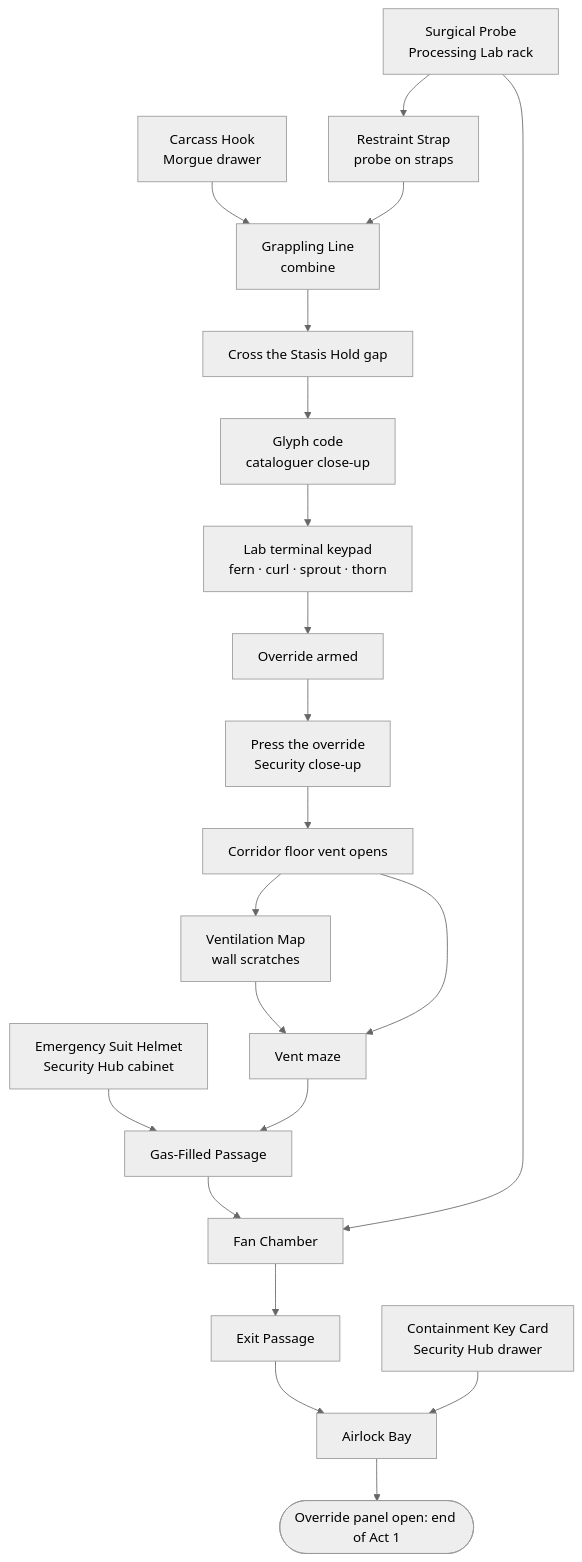
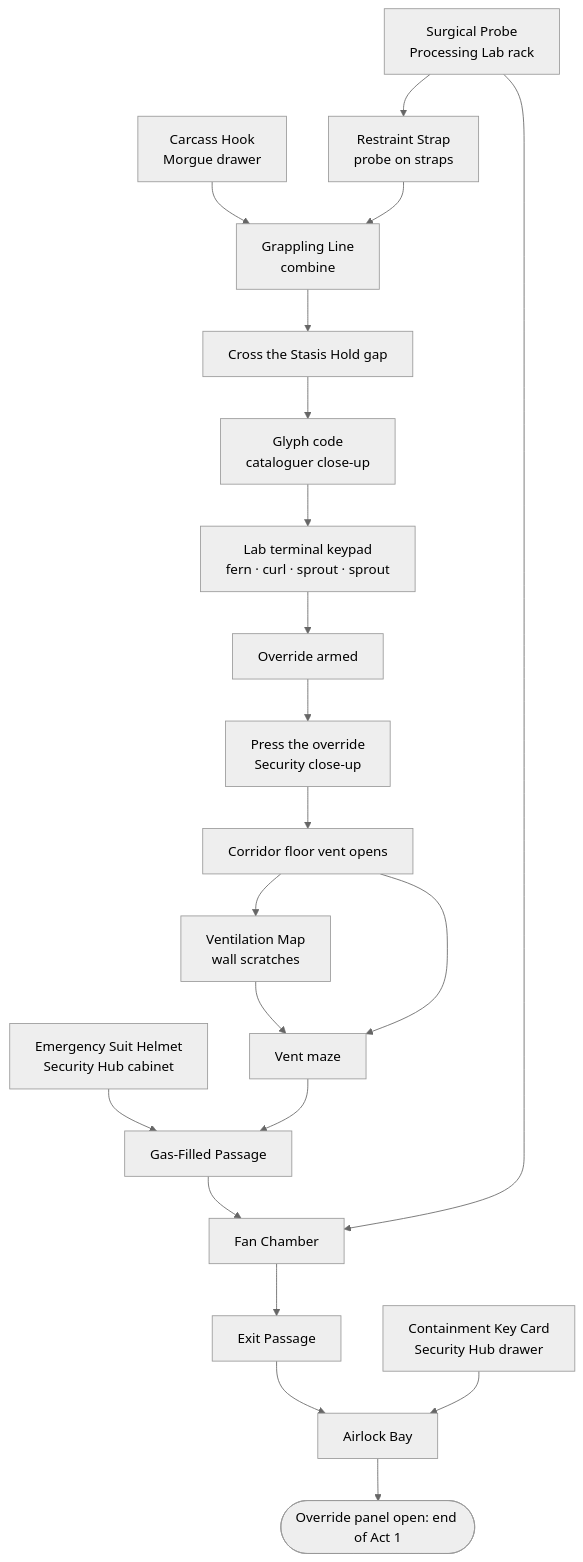
Before and after one commit to charliecollins-r/adventure-engine: the diagram in scenarios/the-harvest/walkthrough.md, drawn with Mermaid (neutral theme). The commit also changed other lines of this file and 14 other files, not shown here.

First line of the commit message:
Keypad code matches the painting; combine sound; inventory wraps

````diff
--- a/scenarios/the-harvest/walkthrough.md
+++ b/scenarios/the-harvest/walkthrough.md
@@ -47,21 +47,21 @@
 ```mermaid
 flowchart TD
   probe[Surgical Probe<br/>Processing Lab rack] --> strap[Restraint Strap<br/>probe on straps]
   hook[Carcass Hook<br/>Morgue drawer] --> line
   strap --> line[Grappling Line<br/>combine]
   line --> gap[Cross the Stasis Hold gap]
   gap --> code[Glyph code<br/>cataloguer close-up]
-  code --> terminal[Lab terminal keypad<br/>fern · curl · sprout · thorn]
+  code --> terminal[Lab terminal keypad<br/>fern · curl · sprout · sprout]
   terminal --> armed[Override armed]
   armed --> button[Press the override<br/>Security close-up]
   button --> vent[Corridor floor vent opens]
   vent --> map[Ventilation Map<br/>wall scratches]
   map --> maze[Vent maze]
   vent --> maze
   helmet[Emergency Suit Helmet<br/>Security Hub cabinet] --> gas[Gas-Filled Passage]
   maze --> gas --> fan[Fan Chamber]
   probe --> fan
   fan --> exit[Exit Passage] --> airlock[Airlock Bay]
   card[Containment Key Card<br/>Security Hub drawer] --> airlock
   airlock --> done([Override panel open: end of Act 1])
 ```
````
